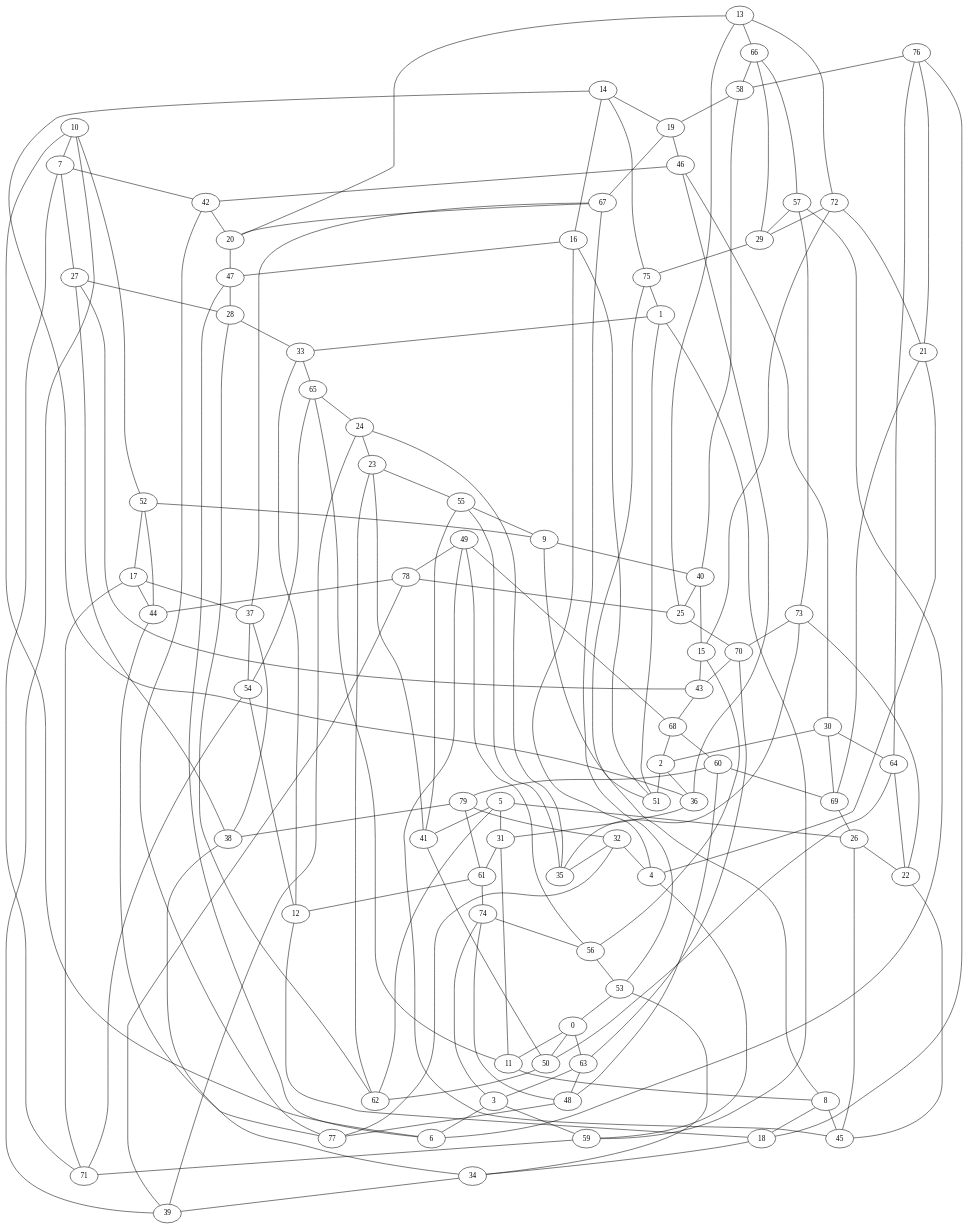
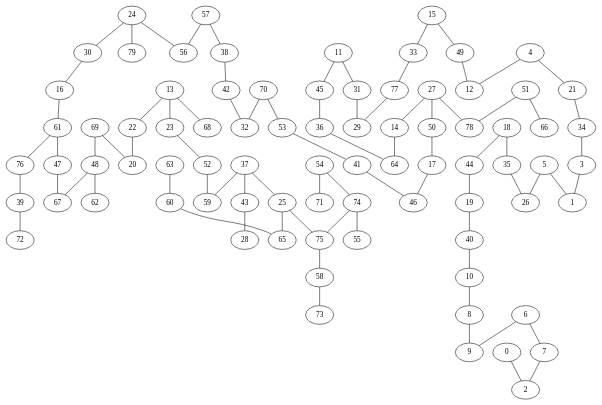
Before and after one commit to katarinamayer/jellyfish: the diagram in Graph.gv, drawn with Graphviz. The commit also changed 2 other files, not shown here.

```diff
--- a/Graph.gv
+++ b/Graph.gv
@@ -1,162 +1,81 @@
 graph {
-	76 -- 21
-	65 -- 24
-	46 -- 42
-	5 -- 31
-	78 -- 39
-	41 -- 23
-	55 -- 35
-	79 -- 38
-	42 -- 20
-	66 -- 57
-	16 -- 47
-	58 -- 19
-	49 -- 78
-	10 -- 7
-	73 -- 35
-	63 -- 48
-	74 -- 56
-	13 -- 20
-	52 -- 17
-	32 -- 77
-	59 -- 71
-	60 -- 79
-	32 -- 35
-	65 -- 11
-	48 -- 77
-	57 -- 29
-	8 -- 18
-	30 -- 69
-	37 -- 54
-	72 -- 15
-	44 -- 77
-	72 -- 21
-	15 -- 43
-	20 -- 47
-	1 -- 33
-	52 -- 44
-	8 -- 45
-	22 -- 45
-	46 -- 30
-	9 -- 40
-	25 -- 70
-	16 -- 51
-	14 -- 19
-	64 -- 76
-	61 -- 12
-	53 -- 0
-	30 -- 2
-	79 -- 61
-	27 -- 43
-	5 -- 62
-	29 -- 75
-	49 -- 45
-	13 -- 25
-	78 -- 25
-	0 -- 50
-	1 -- 51
-	26 -- 45
-	56 -- 53
-	66 -- 29
-	23 -- 62
-	7 -- 27
-	61 -- 74
-	79 -- 32
-	21 -- 4
-	69 -- 26
-	17 -- 44
-	32 -- 4
-	30 -- 64
-	70 -- 43
-	11 -- 8
-	49 -- 56
-	19 -- 67
-	64 -- 22
-	2 -- 51
-	23 -- 55
-	78 -- 44
-	68 -- 2
-	6 -- 47
-	34 -- 39
-	17 -- 37
-	31 -- 61
-	18 -- 34
-	67 -- 53
-	24 -- 23
-	36 -- 31
-	39 -- 24
-	73 -- 22
-	19 -- 46
-	24 -- 35
-	2 -- 36
-	5 -- 41
-	67 -- 20
-	56 -- 15
-	55 -- 41
-	70 -- 63
-	33 -- 65
-	66 -- 58
-	37 -- 38
-	14 -- 36
-	13 -- 66
-	65 -- 54
-	48 -- 74
-	36 -- 46
-	0 -- 11
-	3 -- 6
-	31 -- 11
-	16 -- 4
-	63 -- 3
-	51 -- 9
-	3 -- 59
-	52 -- 9
-	0 -- 63
-	57 -- 73
-	40 -- 15
-	64 -- 50
-	4 -- 59
-	58 -- 40
-	67 -- 37
-	33 -- 12
-	10 -- 6
-	75 -- 8
-	10 -- 39
-	38 -- 34
-	26 -- 22
-	75 -- 1
-	21 -- 69
-	60 -- 69
-	28 -- 62
-	53 -- 34
-	47 -- 28
-	7 -- 42
-	42 -- 77
-	27 -- 28
-	1 -- 59
-	73 -- 70
-	3 -- 74
-	14 -- 75
-	17 -- 71
-	7 -- 71
-	48 -- 60
-	12 -- 18
-	50 -- 62
-	27 -- 38
-	28 -- 33
-	57 -- 6
-	43 -- 68
-	68 -- 60
-	14 -- 16
-	72 -- 29
-	54 -- 12
-	55 -- 9
-	76 -- 58
-	40 -- 25
-	49 -- 68
-	18 -- 76
+	24 -- 30
+	6 -- 9
+	69 -- 48
+	48 -- 62
+	48 -- 67
+	24 -- 79
+	61 -- 76
+	49 -- 12
+	17 -- 46
+	19 -- 40
+	10 -- 8
+	6 -- 7
+	57 -- 56
+	21 -- 34
+	70 -- 53
+	74 -- 55
+	15 -- 49
+	18 -- 35
+	27 -- 50
+	40 -- 10
+	14 -- 64
+	30 -- 16
+	39 -- 72
+	13 -- 23
+	27 -- 78
+	3 -- 1
+	50 -- 17
+	15 -- 33
+	34 -- 3
+	60 -- 65
+	4 -- 21
+	35 -- 26
+	36 -- 64
+	25 -- 75
+	44 -- 19
+	51 -- 78
+	8 -- 9
+	4 -- 12
 	54 -- 71
-	10 -- 52
-	41 -- 50
-	13 -- 72
+	5 -- 1
+	54 -- 74
+	61 -- 47
+	7 -- 2
+	63 -- 60
+	11 -- 31
+	76 -- 39
+	57 -- 38
+	75 -- 58
+	24 -- 56
+	42 -- 32
+	52 -- 59
+	37 -- 25
+	25 -- 65
+	11 -- 45
+	38 -- 42
+	70 -- 32
+	23 -- 52
+	77 -- 29
+	0 -- 2
+	13 -- 22
+	74 -- 75
+	37 -- 43
+	16 -- 61
 	5 -- 26
+	22 -- 20
+	47 -- 67
+	43 -- 28
+	58 -- 73
+	51 -- 66
+	69 -- 20
+	37 -- 59
+	31 -- 29
+	13 -- 68
+	18 -- 44
+	45 -- 36
+	53 -- 41
+	27 -- 14
+	33 -- 77
+	41 -- 46
 }
```
